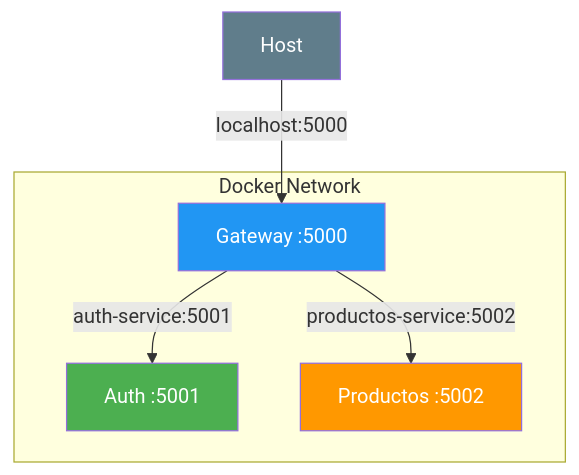
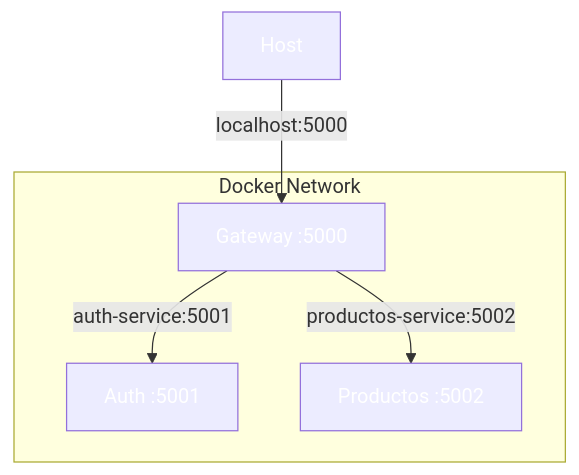
Before and after one commit to joseluisgs/DesarrolloWebEntornosServidor-02-2026-2027: the tenth of 10 diagrams in 31-api-gateway.md, drawn with Mermaid. The commit also changed other lines of this file and 41 other files, not shown here.

````diff
--- a/31-api-gateway.md
+++ b/31-api-gateway.md
@@ -833,15 +833,15 @@
 ```mermaid
 graph TD
     subgraph Docker Network
         GW["Gateway :5000"]
         A["Auth :5001"]
         P["Productos :5002"]
     end
     GW -->|"auth-service:5001"| A
     GW -->|"productos-service:5002"| P
     CL["Host"] -->|"localhost:5000"| GW
-    style GW fill:#2196F3,color:#fff
-    style A fill:#4CAF50,color:#fff
-    style P fill:#FF9800,color:#fff
-    style CL fill:#607D8B,color:#fff
+    style GW fill:#2196F,color:#fff3,color:#fff
+    style A fill:#4CAF5,color:#fff0,color:#fff
+    style P fill:#FF980,color:#fff0,color:#fff
+    style CL fill:#607D8,color:#fffB,color:#fff
 ```
````
